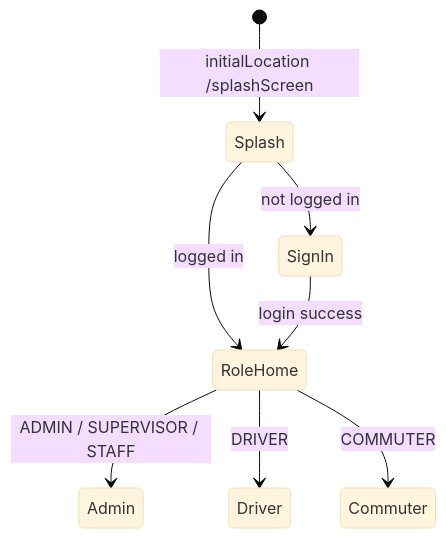
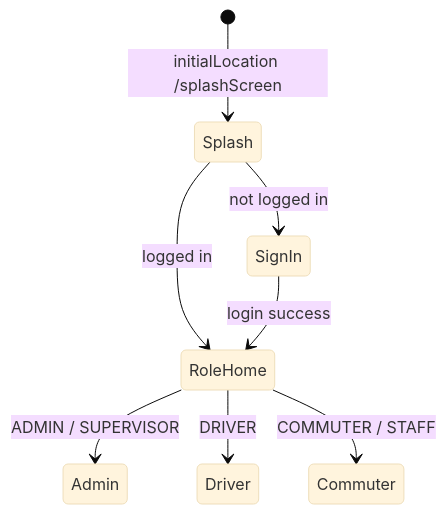
One commit to professorbhakta/cts_beta changed the diagram in docs/ROUTING_AND_AUTH.md. Above: the diagram before and after it, drawn with Mermaid (base theme). The commit also changed other lines of this file and 22 other files, not shown here.

First line of the commit message:
feat(auth): STAFF→commuter home; SUPERVISOR AdminService allow-list

````diff
--- a/docs/ROUTING_AND_AUTH.md
+++ b/docs/ROUTING_AND_AUTH.md
@@ -29,10 +66,10 @@
 ```mermaid
 stateDiagram-v2
   [*] --> Splash: initialLocation /splashScreen
   Splash --> SignIn: not logged in
   Splash --> RoleHome: logged in
   SignIn --> RoleHome: login success
-  RoleHome --> Admin: ADMIN / SUPERVISOR / STAFF
+  RoleHome --> Admin: ADMIN / SUPERVISOR
   RoleHome --> Driver: DRIVER
-  RoleHome --> Commuter: COMMUTER
+  RoleHome --> Commuter: COMMUTER / STAFF
 ```
````
